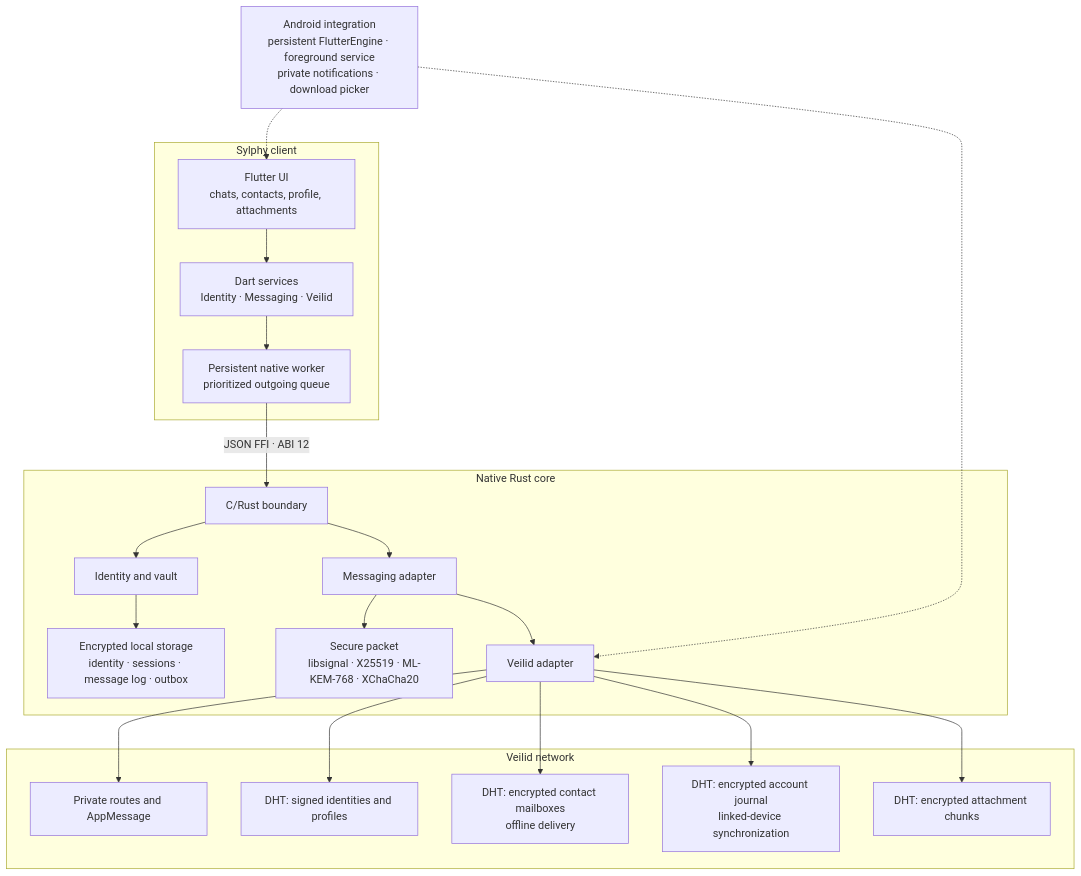
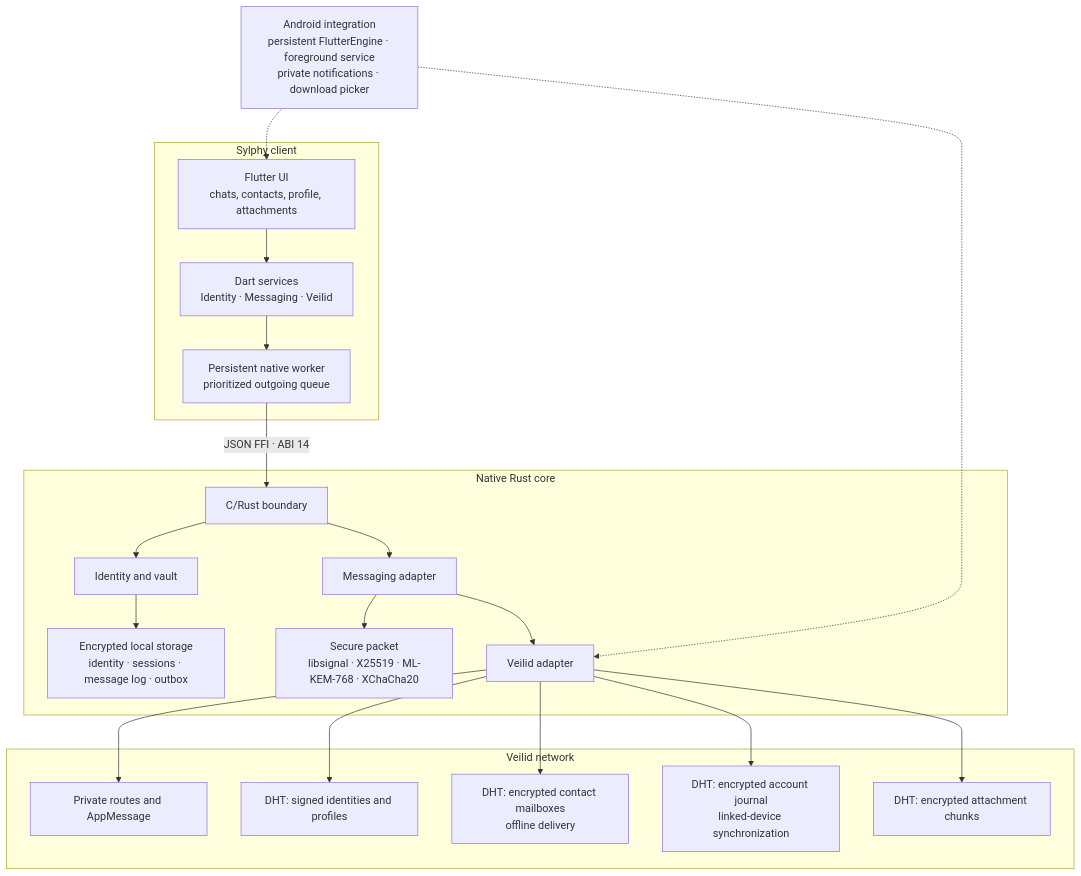
One commit to ImHisako/Sylphy changed the diagram in README.md. Above: the diagram before and after it, drawn with Mermaid. The commit also changed other lines of this file and 27 other files, not shown here.

````diff
--- a/README.md
+++ b/README.md
@@ -103,31 +104,31 @@
 ```mermaid
 flowchart TB
     subgraph Client["Sylphy client"]
         UI["Flutter UI\nchats, contacts, profile, attachments"]
         DS["Dart services\nIdentity · Messaging · Veilid"]
         BG["Persistent native worker\nprioritized outgoing queue"]
         UI --> DS --> BG
     end
 
-    BG -->|"JSON FFI · ABI 12"| FFI["C/Rust boundary"]
+    BG -->|"JSON FFI · ABI 14"| FFI["C/Rust boundary"]
 
     subgraph Core["Native Rust core"]
         FFI --> ID["Identity and vault"]
         FFI --> MSG["Messaging adapter"]
         MSG --> CRYPTO["Secure packet\nlibsignal · X25519 · ML-KEM-768 · XChaCha20"]
         MSG --> VA["Veilid adapter"]
         ID --> LOCAL["Encrypted local storage\nidentity · sessions · message log · outbox"]
     end
 
     subgraph Network["Veilid network"]
         VA --> ROUTE["Private routes and AppMessage"]
         VA --> DHTID["DHT: signed identities and profiles"]
         VA --> PEERMAIL["DHT: encrypted contact mailboxes\noffline delivery"]
         VA --> MAIL["DHT: encrypted account journal\nlinked-device synchronization"]
         VA --> FILES["DHT: encrypted attachment chunks"]
     end
 
     ANDROID["Android integration\npersistent FlutterEngine · foreground service\nprivate notifications · download picker"]
     ANDROID -.-> UI
     ANDROID -.-> VA
 ```
````
